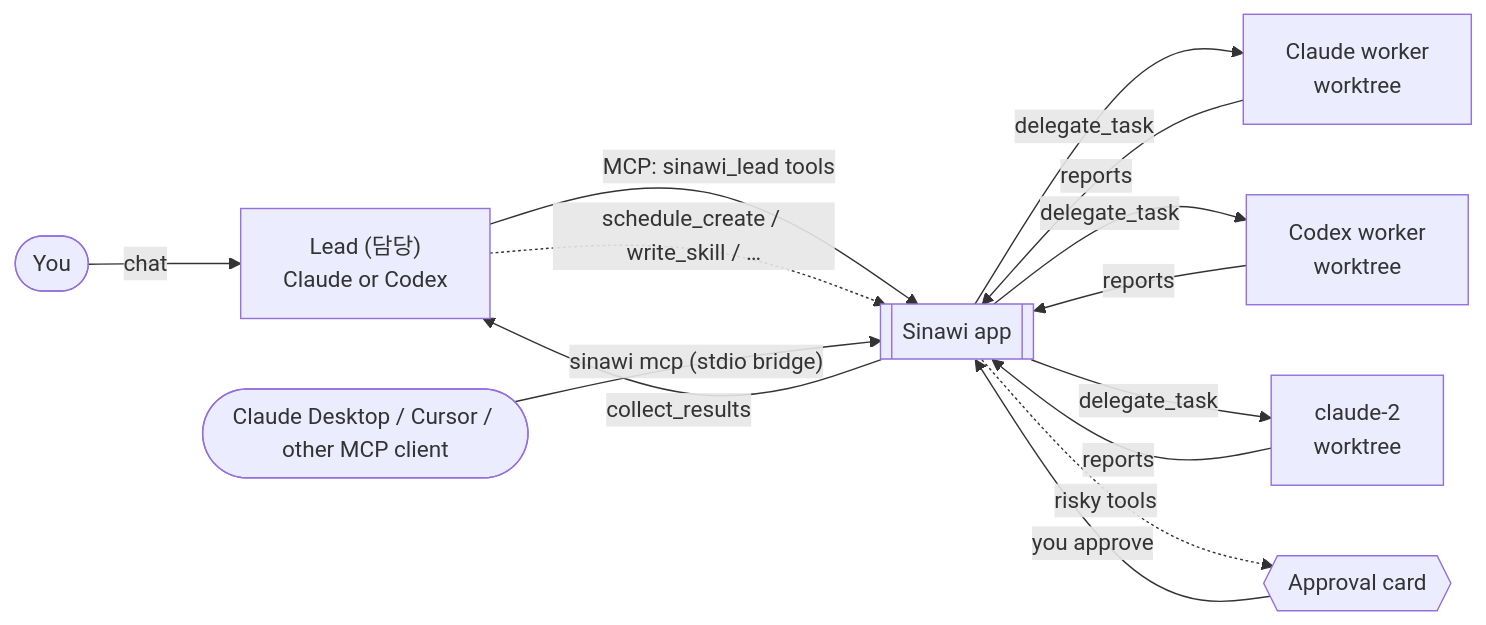
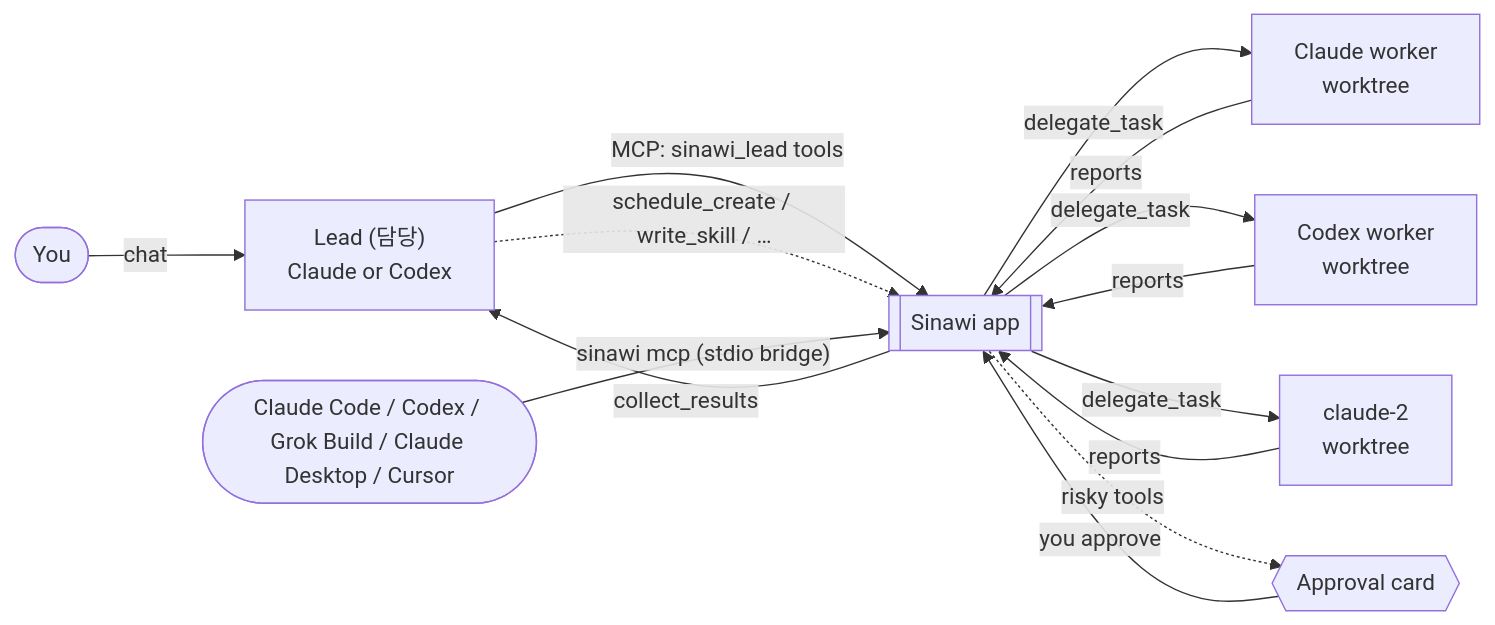
One commit to Rakmlabs/sinawi changed the diagram in README.md. Above: the diagram before and after it, drawn with Mermaid. The commit also changed other lines of this file and 1 other file, not shown here.

Commit message:
The README leads with outside AIs handing work to Sinawi, shows the Connect commands, and installs from the DMG until npm is published

````diff
--- a/README.md
+++ b/README.md
@@ -91,14 +95,14 @@
 ```mermaid
 flowchart LR
     U([You]) -- chat --> L["Lead (담당)<br/>Claude or Codex"]
     L -- "MCP: sinawi_lead tools" --> S[[Sinawi app]]
     S -- delegate_task --> W1["Claude worker<br/>worktree"]
     S -- delegate_task --> W2["Codex worker<br/>worktree"]
     S -- delegate_task --> W3["claude-2<br/>worktree"]
     W1 & W2 & W3 -- reports --> S
     S -- collect_results --> L
     L -. "schedule_create / write_skill / …" .-> S
     S -. "risky tools" .-> A{{Approval card}}
     A -- you approve --> S
-    X([Claude Desktop / Cursor / other MCP client]) -- "sinawi mcp (stdio bridge)" --> S
+    X([Claude Code / Codex / Grok Build / Claude Desktop / Cursor]) -- "sinawi mcp (stdio bridge)" --> S
 ```
````
